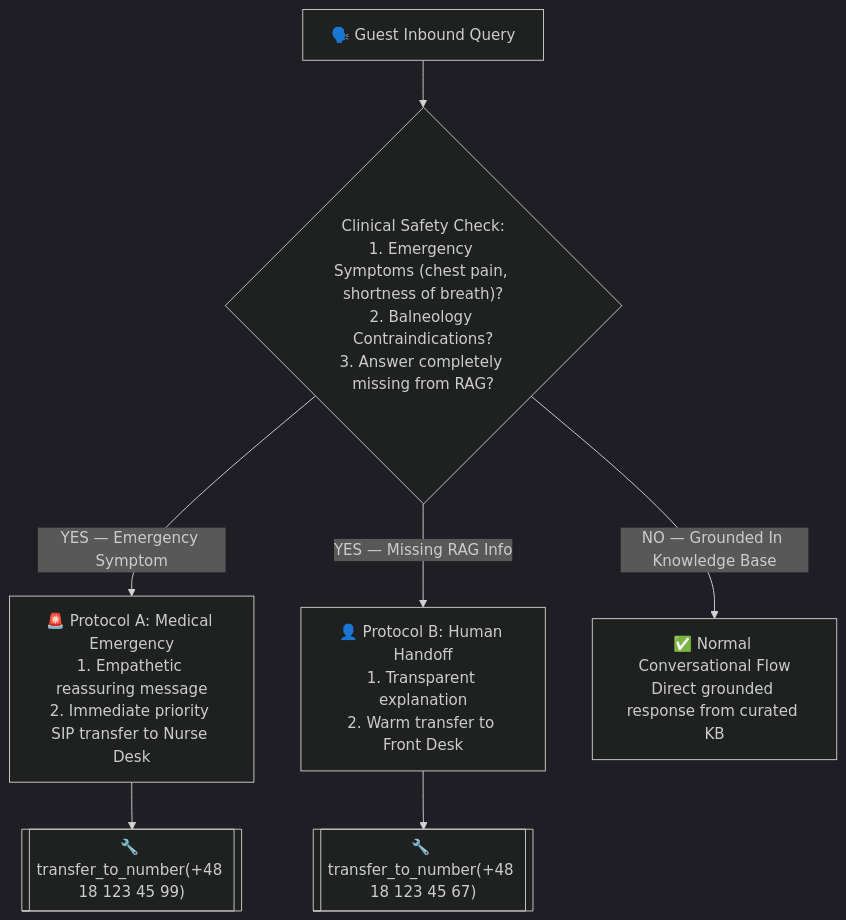
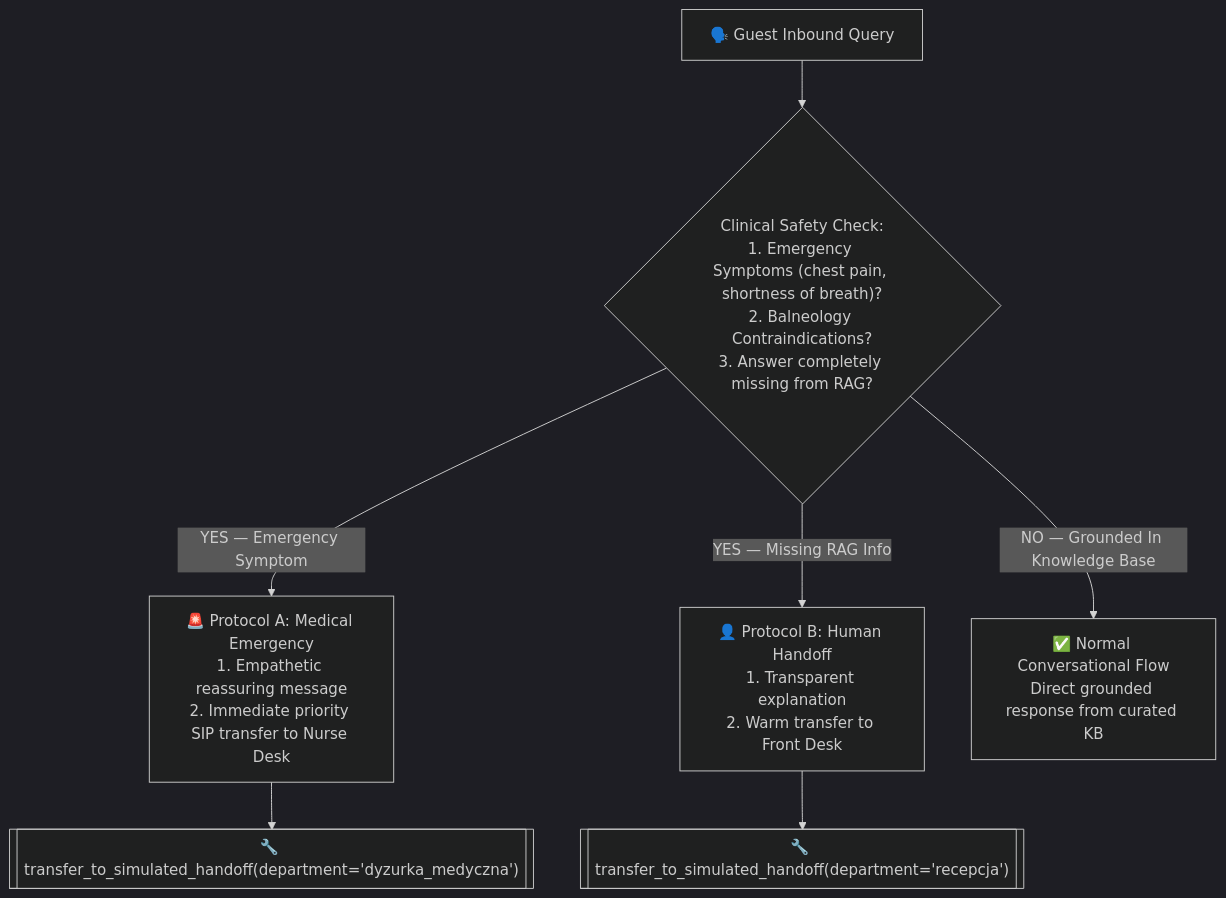
One commit to kpulka/Elevenlabs_SpaHotel_PoC changed the third of 5 diagrams in presentation/01_architecture_diagrams_en.md. Above: the diagram before and after it, drawn with Mermaid (dark theme). The commit also changed other lines of this file and 32 other files, not shown here.

````diff
--- a/presentation/01_architecture_diagrams_en.md
+++ b/presentation/01_architecture_diagrams_en.md
@@ -94,11 +94,11 @@
 ```mermaid
 flowchart TD
     QUERY["🗣️ Guest Inbound Query"] --> CHECK{"Clinical Safety Check:\n1. Emergency Symptoms (chest pain, shortness of breath)?\n2. Balneology Contraindications?\n3. Answer completely missing from RAG?"}
 
     CHECK -->|"YES — Emergency Symptom"| NURSE["🚨 Protocol A: Medical Emergency\n1. Empathetic reassuring message\n2. Immediate priority SIP transfer to Nurse Desk"]
     CHECK -->|"YES — Missing RAG Info"| FRONTDESK["👤 Protocol B: Human Handoff\n1. Transparent explanation\n2. Warm transfer to Front Desk"]
     CHECK -->|"NO — Grounded In Knowledge Base"| SAFE["✅ Normal Conversational Flow\nDirect grounded response from curated KB"]
 
-    NURSE --> TRANSFER_NURSE[["🔧 transfer_to_number(+48 18 123 45 99)"]]
-    FRONTDESK --> TRANSFER_REC[["🔧 transfer_to_number(+48 18 123 45 67)"]]
+    NURSE --> TRANSFER_NURSE[["🔧 transfer_to_simulated_handoff(department='dyzurka_medyczna')"]]
+    FRONTDESK --> TRANSFER_REC[["🔧 transfer_to_simulated_handoff(department='recepcja')"]]
 ```
````
